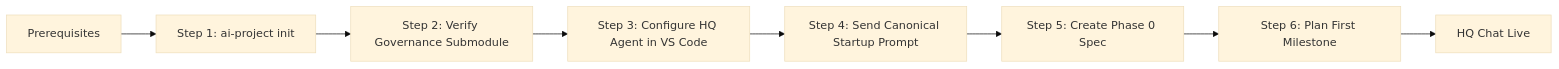
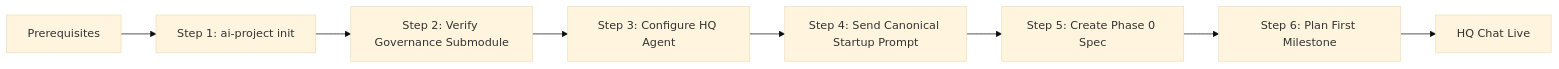
One commit to panchew/ai-project-system changed the diagram in governance/guides/ADOPTION-GUIDE.md. Above: the diagram before and after it, drawn with Mermaid (base theme). The commit also changed other lines of this file and 19 other files, not shown here.

````diff
--- a/governance/guides/ADOPTION-GUIDE.md
+++ b/governance/guides/ADOPTION-GUIDE.md
@@ -20,10 +20,10 @@
 ```mermaid
 flowchart LR
     A[Prerequisites] --> B[Step 1: ai-project init]
     B --> C[Step 2: Verify Governance Submodule]
-    C --> D[Step 3: Configure HQ Agent in VS Code]
+    C --> D[Step 3: Configure HQ Agent]
     D --> E[Step 4: Send Canonical Startup Prompt]
     E --> F[Step 5: Create Phase 0 Spec]
     F --> G[Step 6: Plan First Milestone]
     G --> H[HQ Chat Live]
 ```
````
